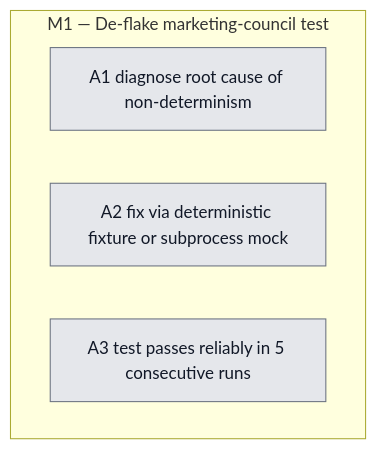
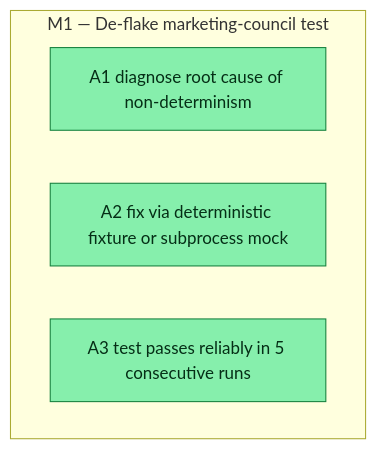
Before and after one commit to meanllbrl/dreamcontext: the diagram in _dream_context/state/deflake-marketing-council.md, drawn with Mermaid. The commit also changed other lines of this file and 2 other files, not shown here.

````diff
--- a/_dream_context/state/deflake-marketing-council.md
+++ b/_dream_context/state/deflake-marketing-council.md
@@ -19,13 +19,13 @@
 ```mermaid
 flowchart TD
   subgraph M1 ["M1 — De-flake marketing-council test"]
-    A1[A1 diagnose root cause of non-determinism]:::todo
-    A2[A2 fix via deterministic fixture or subprocess mock]:::todo
-    A3[A3 test passes reliably in 5 consecutive runs]:::todo
+    A1[A1 diagnose root cause of non-determinism]:::done
+    A2[A2 fix via deterministic fixture or subprocess mock]:::done
+    A3[A3 test passes reliably in 5 consecutive runs]:::done
   end
 
   classDef done fill:#86efac,stroke:#15803d,color:#052e16
   classDef active fill:#fde68a,stroke:#b45309,color:#451a03
   classDef todo fill:#e5e7eb,stroke:#6b7280,color:#111827
   classDef blocked fill:#fecaca,stroke:#b91c1c,color:#450a0a
 ```
````
